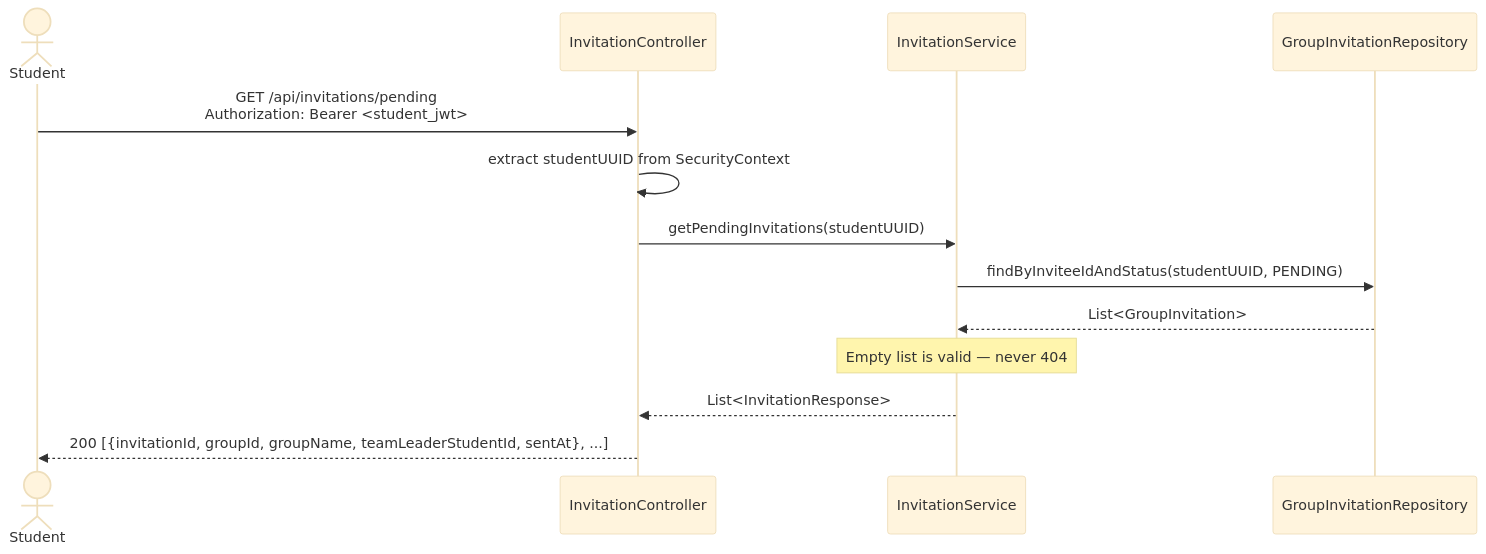
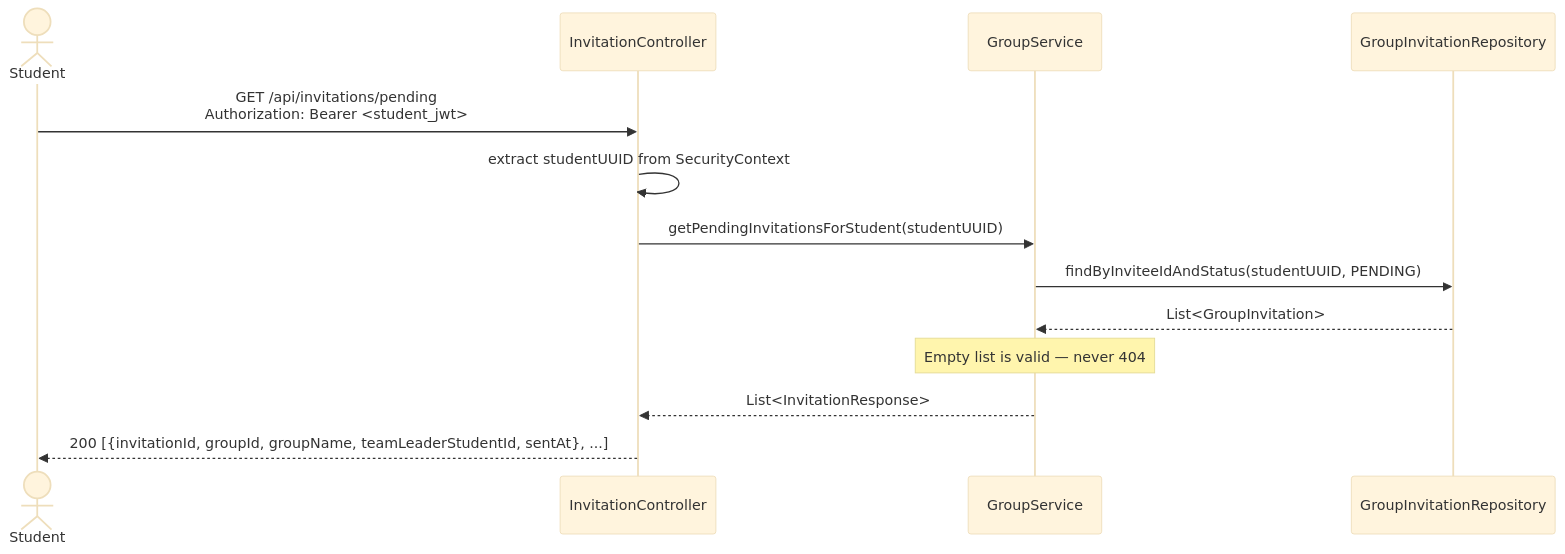
Before and after one commit to SE3318-Spring-2025-2026/senior-app-6: the first of 3 diagrams in docs/process2/sequences/2.3_invitation_respond_p2.md, drawn with Mermaid (base theme). The commit also changed other lines of this file and 20 other files, not shown here.

````diff
--- a/docs/process2/sequences/2.3_invitation_respond_p2.md
+++ b/docs/process2/sequences/2.3_invitation_respond_p2.md
@@ -14,20 +13,20 @@
 ```mermaid
 sequenceDiagram
     actor Student
     participant InvitationController
-    participant InvitationService
+    participant GroupService
     participant GroupInvitationRepository
 
     Student->>InvitationController: GET /api/invitations/pending<br/>Authorization: Bearer <student_jwt>
 
     InvitationController->>InvitationController: extract studentUUID from SecurityContext
 
-    InvitationController->>InvitationService: getPendingInvitations(studentUUID)
+    InvitationController->>GroupService: getPendingInvitationsForStudent(studentUUID)
 
-    InvitationService->>GroupInvitationRepository: findByInviteeIdAndStatus(studentUUID, PENDING)
-    GroupInvitationRepository-->>InvitationService: List<GroupInvitation>
+    GroupService->>GroupInvitationRepository: findByInviteeIdAndStatus(studentUUID, PENDING)
+    GroupInvitationRepository-->>GroupService: List<GroupInvitation>
 
-    Note over InvitationService: Empty list is valid — never 404
-    InvitationService-->>InvitationController: List<InvitationResponse>
+    Note over GroupService: Empty list is valid — never 404
+    GroupService-->>InvitationController: List<InvitationResponse>
     InvitationController-->>Student: 200 [{invitationId, groupId, groupName, teamLeaderStudentId, sentAt}, ...]
 ```
````
